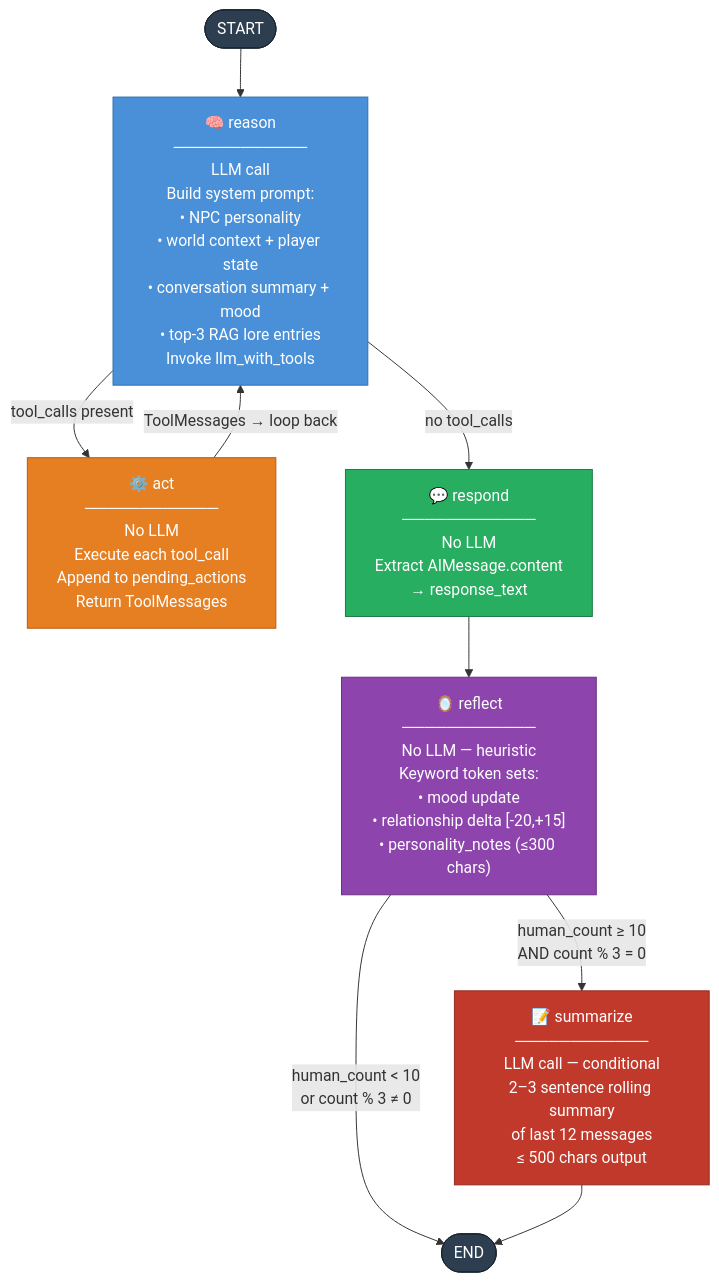
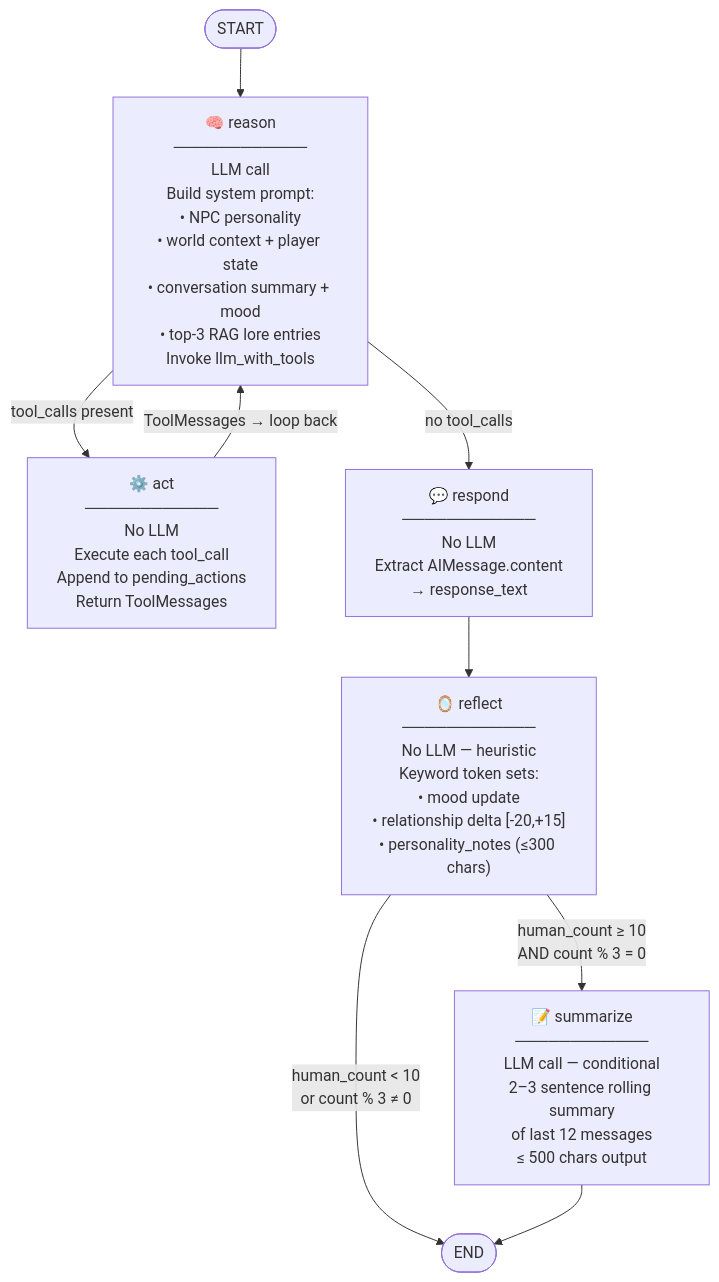
Before and after one commit to Zaexv/world-of-prompcraft: the fourth of 8 diagrams in server/ARCHITECTURE.md, drawn with Mermaid. The commit also changed other lines of this file and 1 other file, not shown here.

Commit message:
docs: update architecture docs for zonal manifest overhaul

````diff
--- a/server/ARCHITECTURE.md
+++ b/server/ARCHITECTURE.md
@@ -107,32 +109,24 @@
 ```mermaid
 flowchart TD
     START([START]) --> reason
 
     reason["🧠 reason\n────────────\nLLM call\nBuild system prompt:\n• NPC personality\n• world context + player state\n• conversation summary + mood\n• top-3 RAG lore entries\nInvoke llm_with_tools"]
 
     act["⚙️ act\n────────────\nNo LLM\nExecute each tool_call\nAppend to pending_actions\nReturn ToolMessages"]
 
     respond["💬 respond\n────────────\nNo LLM\nExtract AIMessage.content\n→ response_text"]
 
     reflect["🪞 reflect\n────────────\nNo LLM — heuristic\nKeyword token sets:\n• mood update\n• relationship delta [-20,+15]\n• personality_notes (≤300 chars)"]
 
     summarize["📝 summarize\n────────────\nLLM call — conditional\n2–3 sentence rolling summary\nof last 12 messages\n≤ 500 chars output"]
 
     END([END])
 
     reason -->|"tool_calls present"| act
     act -->|"ToolMessages → loop back"| reason
     reason -->|"no tool_calls"| respond
     respond --> reflect
     reflect -->|"human_count < 10\nor count % 3 ≠ 0"| END
     reflect -->|"human_count ≥ 10\nAND count % 3 = 0"| summarize
     summarize --> END
-
-    style reason fill:#4a90d9,color:#fff,stroke:#2c6fad
-    style act fill:#e67e22,color:#fff,stroke:#b55c0e
-    style respond fill:#27ae60,color:#fff,stroke:#1a7a42
-    style reflect fill:#8e44ad,color:#fff,stroke:#6a2f82
-    style summarize fill:#c0392b,color:#fff,stroke:#922b21
-    style START fill:#2c3e50,color:#fff,stroke:#1a252f
-    style END fill:#2c3e50,color:#fff,stroke:#1a252f
 ```
````
